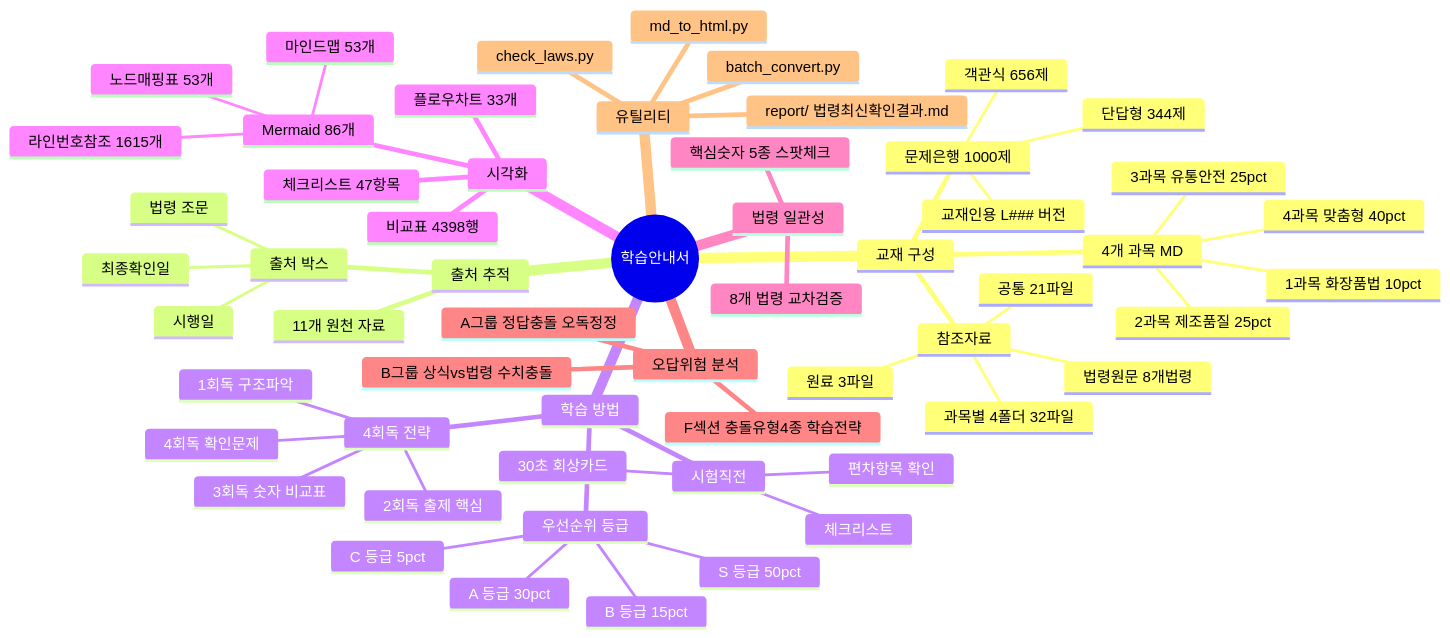
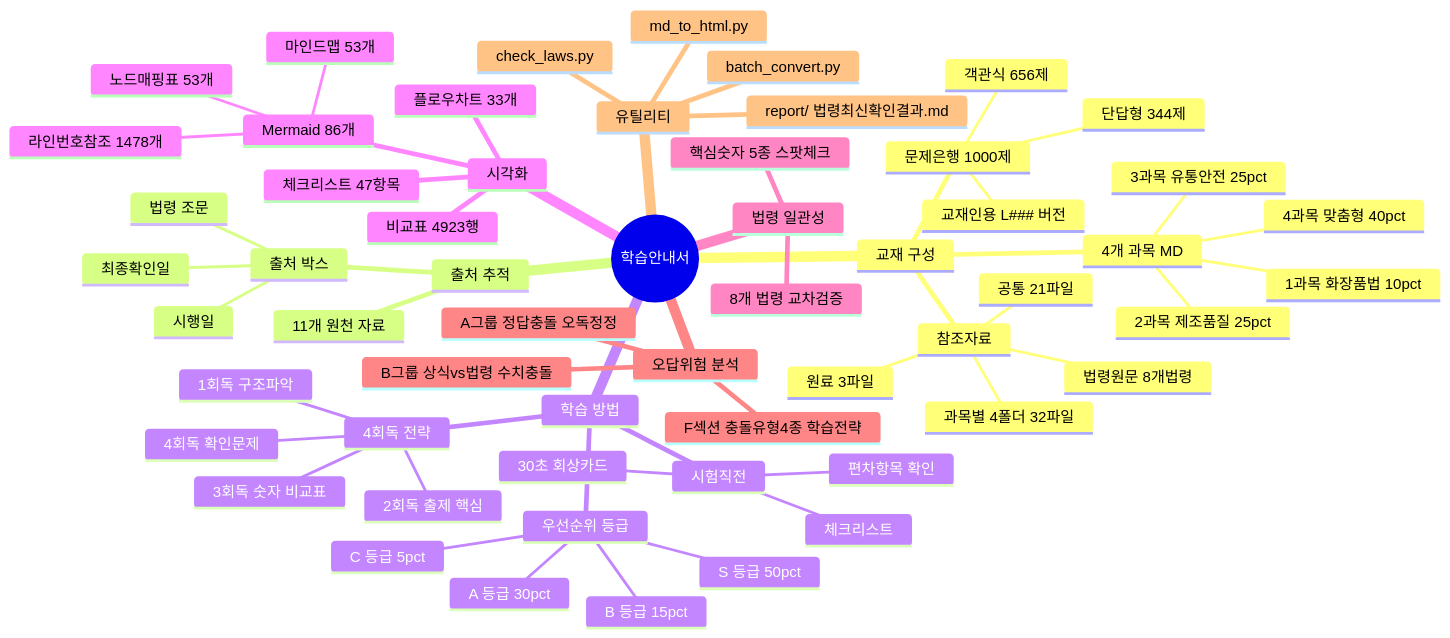
One commit to skygoldlee-cyber/Personalized_Skincare changed the diagram in content/학습안내서.md. Above: the diagram before and after it, drawn with Mermaid. The commit also changed other lines of this file and 4 other files, not shown here.

````diff
--- a/content/학습안내서.md
+++ b/content/학습안내서.md
@@ -33,60 +33,60 @@
 ```mermaid
 mindmap
   root((학습안내서))
     교재 구성
       4개 과목 MD
         1과목 화장품법 10pct
         2과목 제조품질 25pct
         3과목 유통안전 25pct
         4과목 맞춤형 40pct
       문제은행 1000제
         객관식 656제
         단답형 344제
         교재인용 L### 버전
       참조자료
         과목별 4폴더 32파일
         공통 21파일
         원료 3파일
         법령원문 8개법령
     출처 추적
       출처 박스
         법령 조문
         시행일
         최종확인일
       11개 원천 자료
     학습 방법
       우선순위 등급
         S 등급 50pct
         A 등급 30pct
         B 등급 15pct
         C 등급 5pct
       4회독 전략
         1회독 구조파악
         2회독 출제 핵심
         3회독 숫자 비교표
         4회독 확인문제
       시험직전
         30초 회상카드
         체크리스트
         편차항목 확인
     시각화
       Mermaid 86개
         마인드맵 53개
         노드매핑표 53개
-        라인번호참조 1615개
+        라인번호참조 1478개
       플로우차트 33개
-      비교표 4398행
+      비교표 4923행
       체크리스트 47항목
     법령 일관성
       8개 법령 교차검증
       핵심숫자 5종 스팟체크
     오답위험 분석
       A그룹 정답충돌 오독정정
       B그룹 상식vs법령 수치충돌
       F섹션 충돌유형4종 학습전략
     유틸리티
       md_to_html.py
       batch_convert.py
       check_laws.py
       report/ 법령최신확인결과.md
 ```
````
